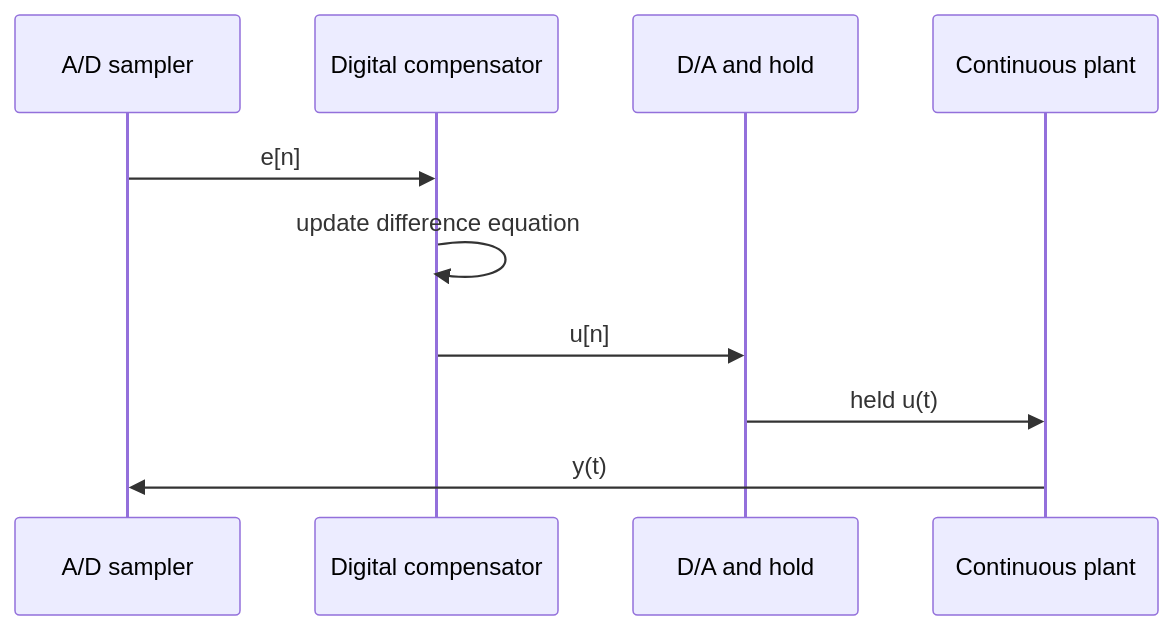
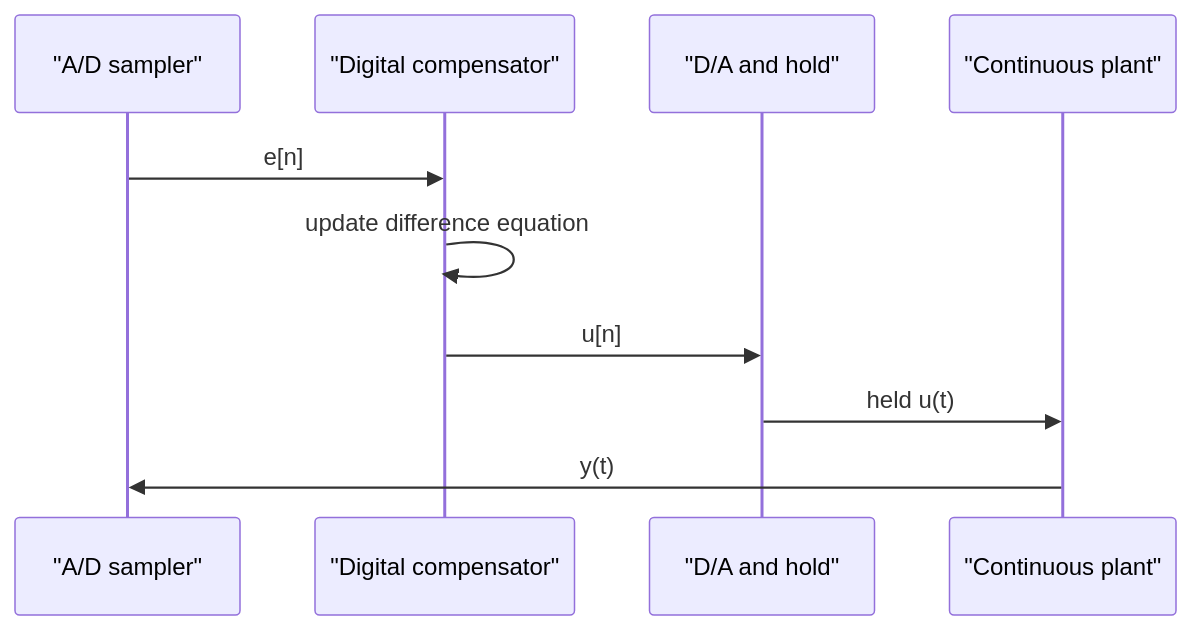
Before and after one commit to justinbrianhwang/SJ-wiki: the diagram in docs/cs/control-engineering/z-plane-design-and-digital-compensators.md, drawn with Mermaid. The commit also changed 126 other files, not shown here.

Commit message:
Image-URL audit: remove 22 broken Wikimedia/GitHub image embeds (HTTP 400/404); add check-image-urls.py + fix-broken-images.py verification tools; final CS Mermaid review applied

````diff
--- a/docs/cs/control-engineering/z-plane-design-and-digital-compensators.md
+++ b/docs/cs/control-engineering/z-plane-design-and-digital-compensators.md
@@ -136,12 +136,12 @@
 ```mermaid
 sequenceDiagram
-  participant ADC as A/D sampler
-  participant CPU as Digital compensator
-  participant DAC as D/A and hold
-  participant Plant as Continuous plant
+  participant ADC as "A/D sampler"
+  participant CPU as "Digital compensator"
+  participant DAC as "D/A and hold"
+  participant Plant as "Continuous plant"
   ADC->>CPU: e[n]
   CPU->>CPU: update difference equation
   CPU->>DAC: u[n]
   DAC->>Plant: held u(t)
   Plant->>ADC: y(t)
 ```
````
